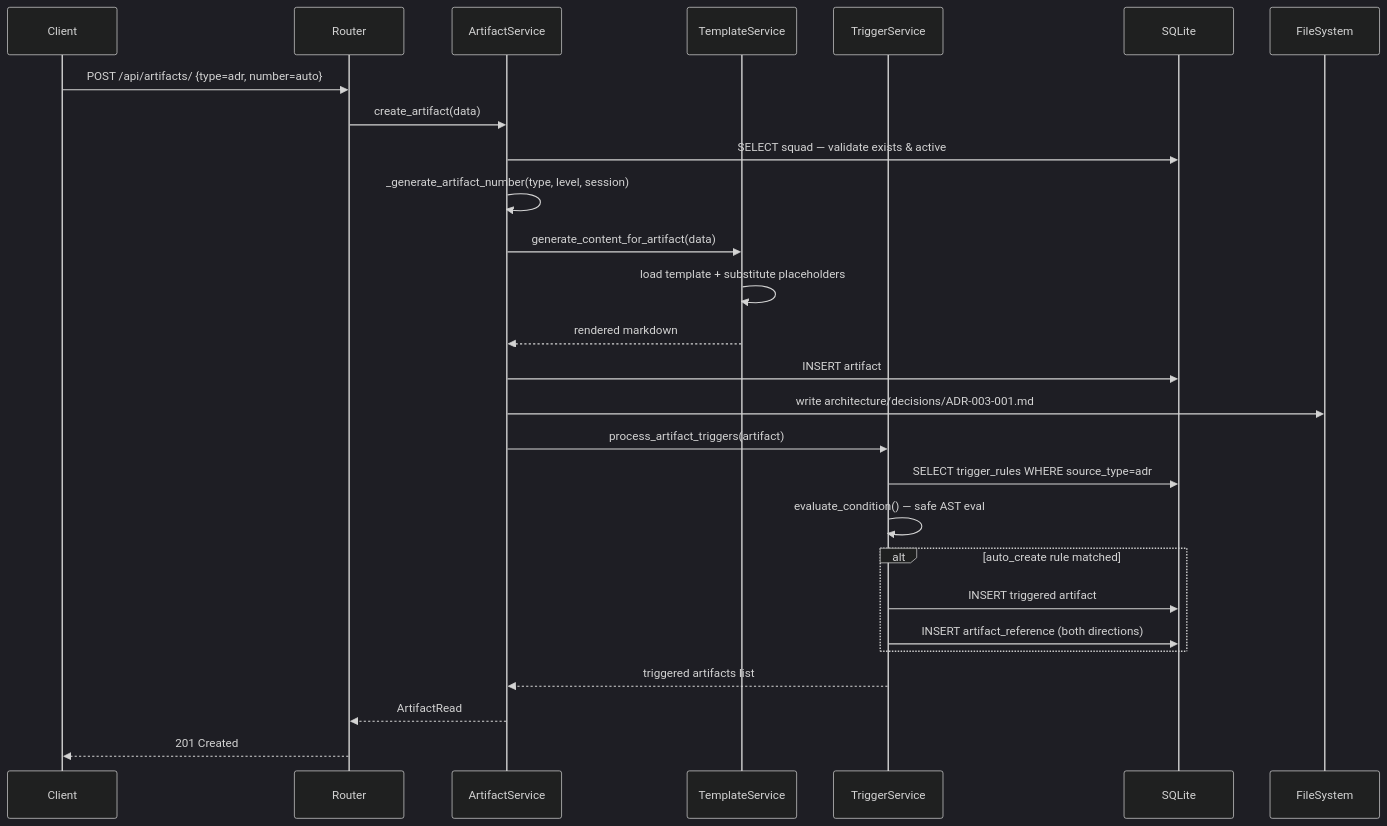
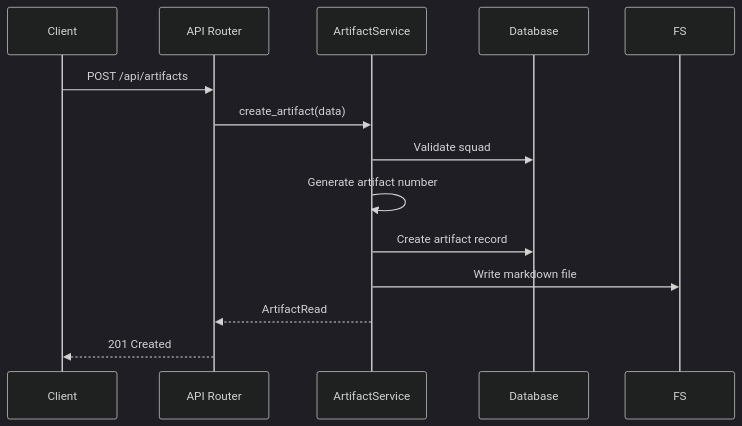
Before and after one commit to sophie-pyxis/adr_hub: the fifth of 15 diagrams in README.md, drawn with Mermaid (dark theme). The commit also changed other lines of this file, not shown here.

First line of the commit message:
Simplify architectural diagrams for enterprise readability

````diff
--- a/README.md
+++ b/README.md
@@ -77,30 +133,16 @@
 ```mermaid
 sequenceDiagram
     participant C as Client
-    participant R as Router
+    participant API as API Router
     participant AS as ArtifactService
-    participant TS as TemplateService
-    participant TRG as TriggerService
-    participant DB as SQLite
-    participant FS as FileSystem
-
-    C->>R: POST /api/artifacts/ {type=adr, number=auto}
-    R->>AS: create_artifact(data)
-    AS->>DB: SELECT squad — validate exists & active
-    AS->>AS: _generate_artifact_number(type, level, session)
-    AS->>TS: generate_content_for_artifact(data)
-    TS->>TS: load template + substitute placeholders
-    TS-->>AS: rendered markdown
-    AS->>DB: INSERT artifact
-    AS->>FS: write architecture/decisions/ADR-003-001.md
-    AS->>TRG: process_artifact_triggers(artifact)
-    TRG->>DB: SELECT trigger_rules WHERE source_type=adr
-    TRG->>TRG: evaluate_condition() — safe AST eval
-    alt auto_create rule matched
-        TRG->>DB: INSERT triggered artifact
-        TRG->>DB: INSERT artifact_reference (both directions)
-    end
-    TRG-->>AS: triggered artifacts list
-    AS-->>R: ArtifactRead
-    R-->>C: 201 Created
+    participant DB as Database
+    
+    C->>API: POST /api/artifacts
+    API->>AS: create_artifact(data)
+    AS->>DB: Validate squad
+    AS->>AS: Generate artifact number
+    AS->>DB: Create artifact record
+    AS->>FS: Write markdown file
+    AS-->>API: ArtifactRead
+    API-->>C: 201 Created
 ```
````
